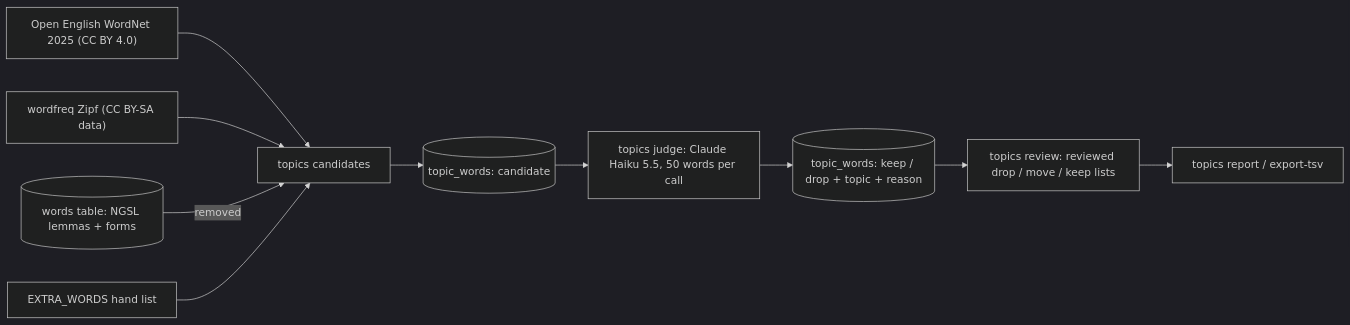
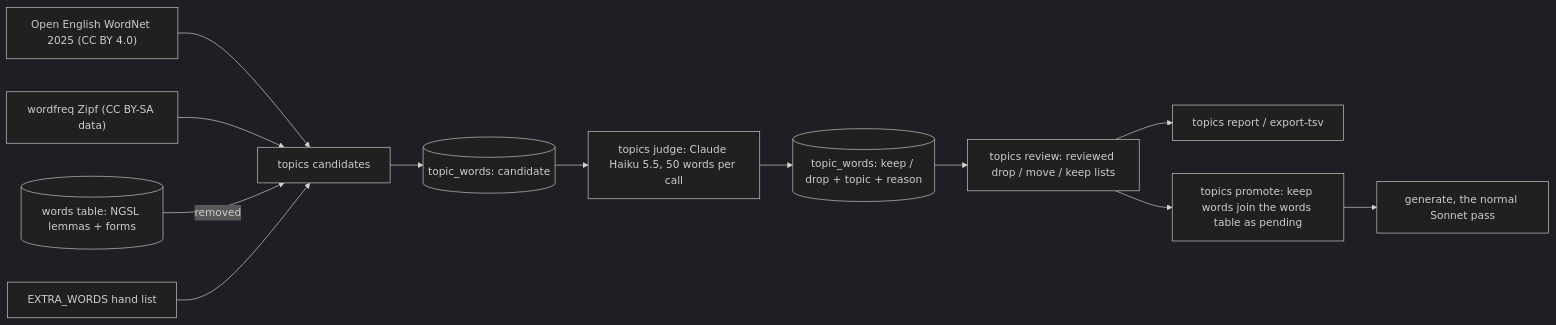
Before and after one commit to tranphuocloc070699/saynata: the fifth of 5 diagrams in backlog/docs/features/doc-6 - Dictionary-pipeline.md, drawn with Mermaid (dark theme). The commit also changed other lines of this file and 9 other files, not shown here.

First line of the commit message:
TASK-61: promote topic words into the words table, allow the headword in examples

````diff
--- a/backlog/docs/features/doc-6 - Dictionary-pipeline.md
+++ b/backlog/docs/features/doc-6 - Dictionary-pipeline.md
@@ -259,12 +259,14 @@
 ```mermaid
 flowchart LR
     OEWN["Open English WordNet 2025 (CC BY 4.0)"] --> C[topics candidates]
     WF["wordfreq Zipf (CC BY-SA data)"] --> C
     NGSL[(words table: NGSL lemmas + forms)] -->|removed| C
     X[EXTRA_WORDS hand list] --> C
     C --> TW[(topic_words: candidate)]
     TW --> J["topics judge: Claude Haiku 5.5, 50 words per call"]
     J --> TW2[(topic_words: keep / drop + topic + reason)]
     TW2 --> RV[topics review: reviewed drop / move / keep lists]
     RV --> R[topics report / export-tsv]
+    RV --> PR[topics promote: keep words join the words table as pending]
+    PR --> G[generate, the normal Sonnet pass]
 ```
````
